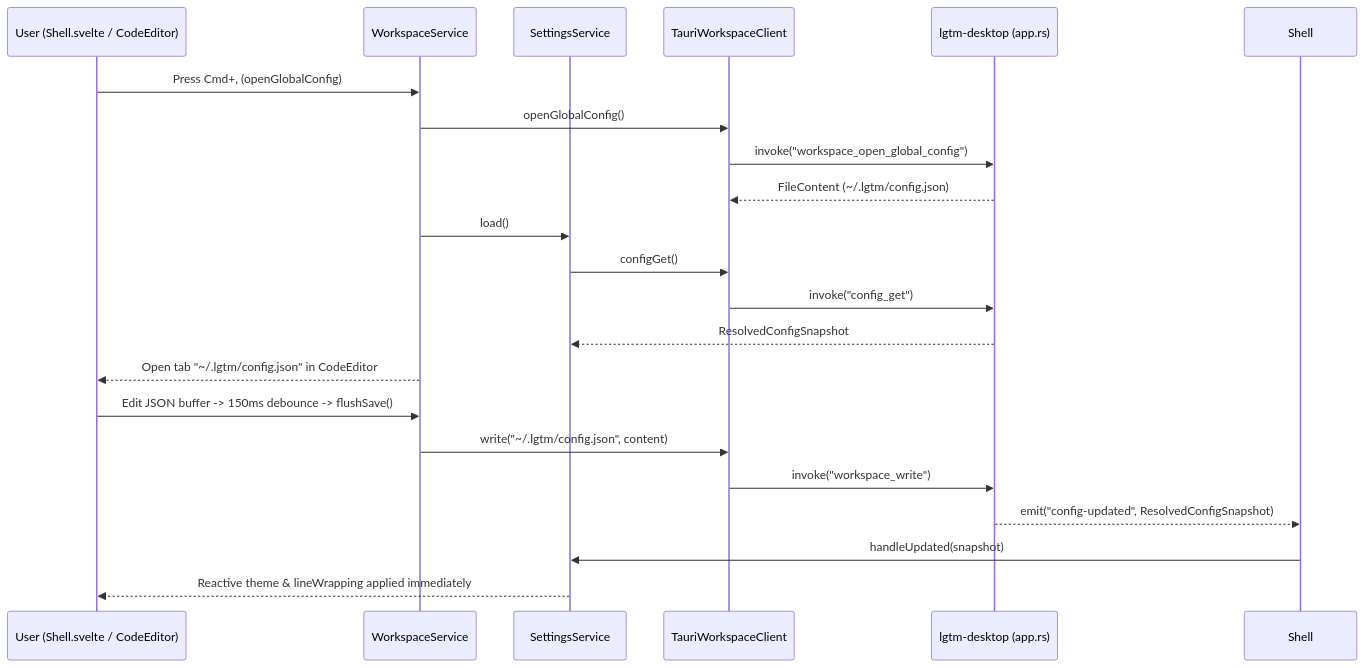
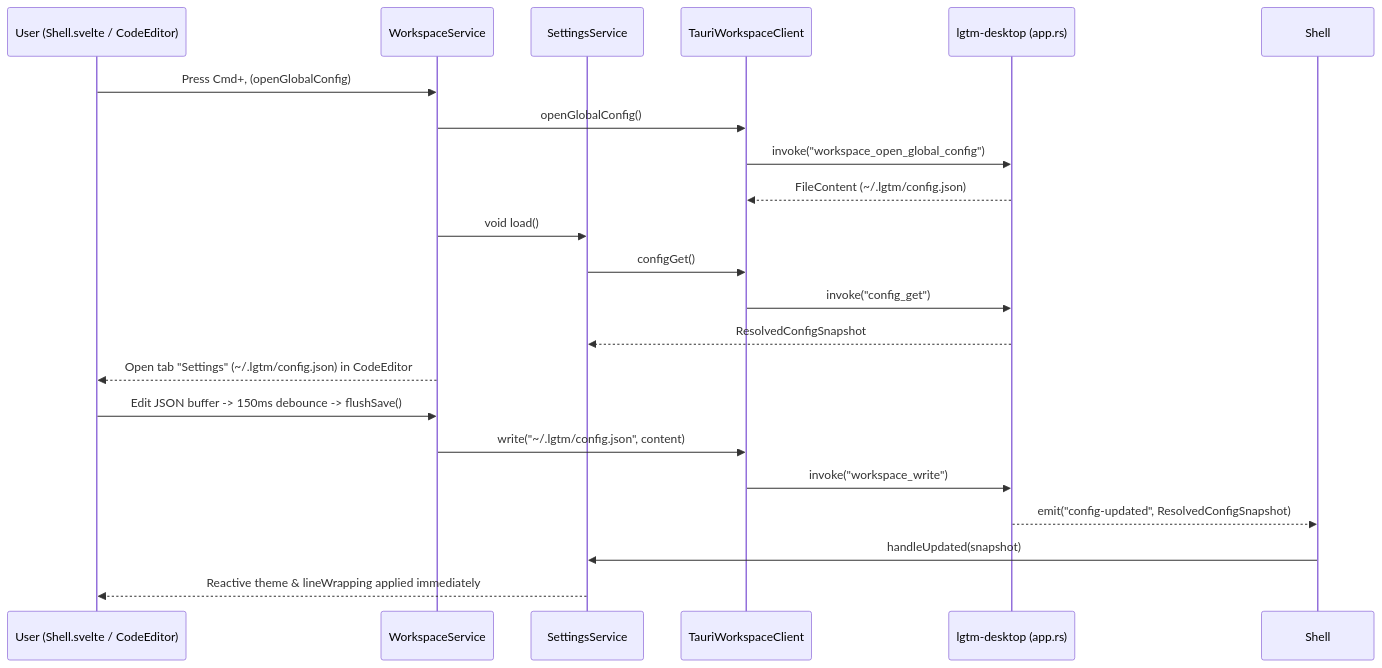
Before and after one commit to difflab-io/lgtm: the second of 2 diagrams in docs/architecture/web/index.md, drawn with Mermaid. The commit also changed other lines of this file and 33 other files, not shown here.

Commit message:
refactor(config,env,desktop): unify LgtmConfig, add dev tool APIs, and split settings E2E

````diff
--- a/docs/architecture/web/index.md
+++ b/docs/architecture/web/index.md
@@ -84,25 +84,25 @@
 ```mermaid
 sequenceDiagram
     participant User as User (Shell.svelte / CodeEditor)
     participant WsSvc as WorkspaceService
     participant SetSvc as SettingsService
     participant Client as TauriWorkspaceClient
     participant Host as lgtm-desktop (app.rs)
 
     User->>WsSvc: Press Cmd+, (openGlobalConfig)
     WsSvc->>Client: openGlobalConfig()
     Client->>Host: invoke("workspace_open_global_config")
     Host-->>Client: FileContent (~/.lgtm/config.json)
-    WsSvc->>SetSvc: load()
+    WsSvc->>SetSvc: void load()
     SetSvc->>Client: configGet()
     Client->>Host: invoke("config_get")
     Host-->>SetSvc: ResolvedConfigSnapshot
-    WsSvc-->>User: Open tab "~/.lgtm/config.json" in CodeEditor
+    WsSvc-->>User: Open tab "Settings" (~/.lgtm/config.json) in CodeEditor
 
     User->>WsSvc: Edit JSON buffer -> 150ms debounce -> flushSave()
     WsSvc->>Client: write("~/.lgtm/config.json", content)
     Client->>Host: invoke("workspace_write")
     Host-->>Shell: emit("config-updated", ResolvedConfigSnapshot)
     Shell->>SetSvc: handleUpdated(snapshot)
     SetSvc-->>User: Reactive theme & lineWrapping applied immediately
 ```
````
